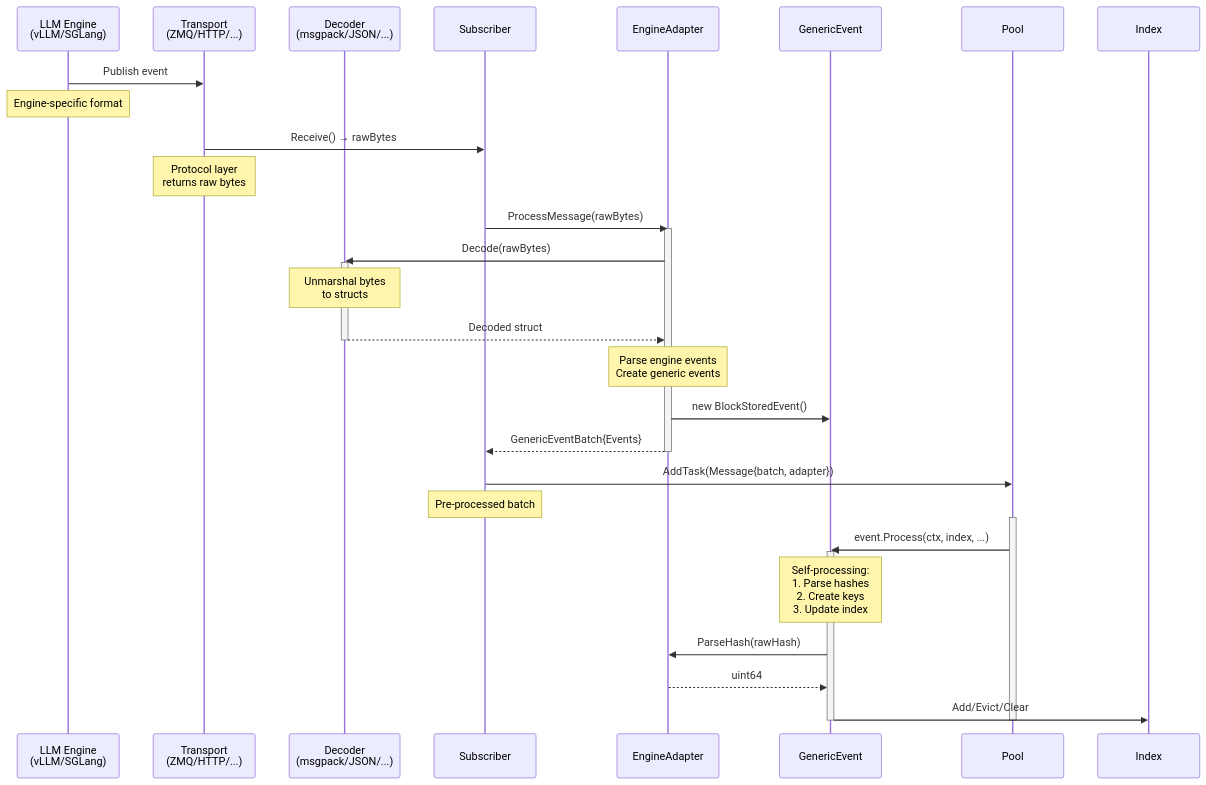
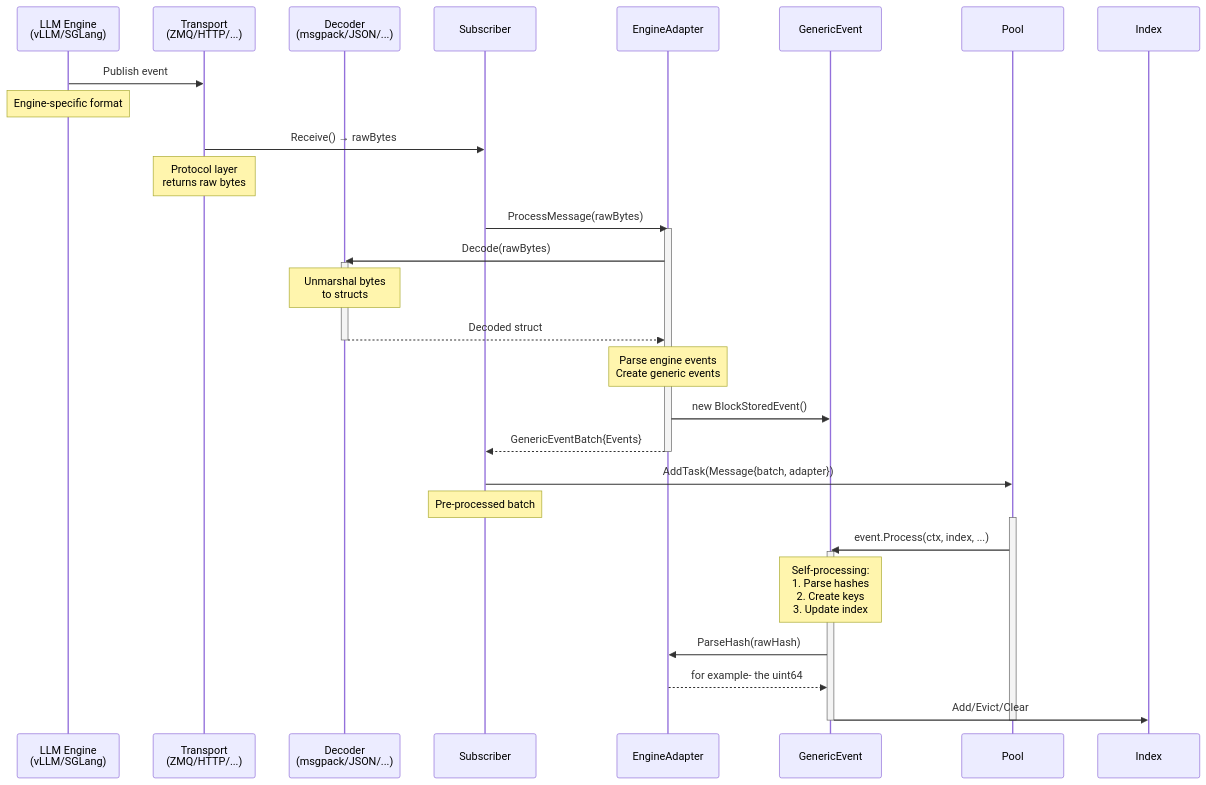
One commit to NaomiEisen/llm-d-kv-cache changed the fifth of 5 diagrams in pkg/kvevents/kv-abstraction-design.md. Above: the diagram before and after it, drawn with Mermaid.

Commit message:
Add design plan

````diff
--- a/pkg/kvevents/kv-abstraction-design.md
+++ b/pkg/kvevents/kv-abstraction-design.md
@@ -426,44 +426,44 @@
 ```mermaid
 sequenceDiagram
     participant Engine as LLM Engine<br/>(vLLM/SGLang)
     participant Transport as Transport<br/>(ZMQ/HTTP/...)
     participant Decoder as Decoder<br/>(msgpack/JSON/...)
     participant Subscriber as Subscriber
     participant Adapter as EngineAdapter
     participant Event as GenericEvent
     participant Pool as Pool
     participant Index as Index
     
     Engine->>Transport: Publish event
     Note over Engine: Engine-specific format
     
     Transport->>Subscriber: Receive() → rawBytes
     Note over Transport: Protocol layer<br/>returns raw bytes
     
     Subscriber->>Adapter: ProcessMessage(rawBytes)
     activate Adapter
     
     Adapter->>Decoder: Decode(rawBytes)
     activate Decoder
     Note over Decoder: Unmarshal bytes<br/>to structs
     Decoder-->>Adapter: Decoded struct
     deactivate Decoder
     
     Note over Adapter: Parse engine events<br/>Create generic events
     Adapter->>Event: new BlockStoredEvent()
     Adapter-->>Subscriber: GenericEventBatch{Events}
     deactivate Adapter
     
     Subscriber->>Pool: AddTask(Message{batch, adapter})
     Note over Subscriber: Pre-processed batch
     
     activate Pool
     Pool->>Event: event.Process(ctx, index, ...)
     activate Event
     Note over Event: Self-processing:<br/>1. Parse hashes<br/>2. Create keys<br/>3. Update index
     Event->>Adapter: ParseHash(rawHash)
-    Adapter-->>Event: uint64
+    Adapter-->>Event: for example- the uint64
     Event->>Index: Add/Evict/Clear
     deactivate Event
     deactivate Pool
 ```
````
